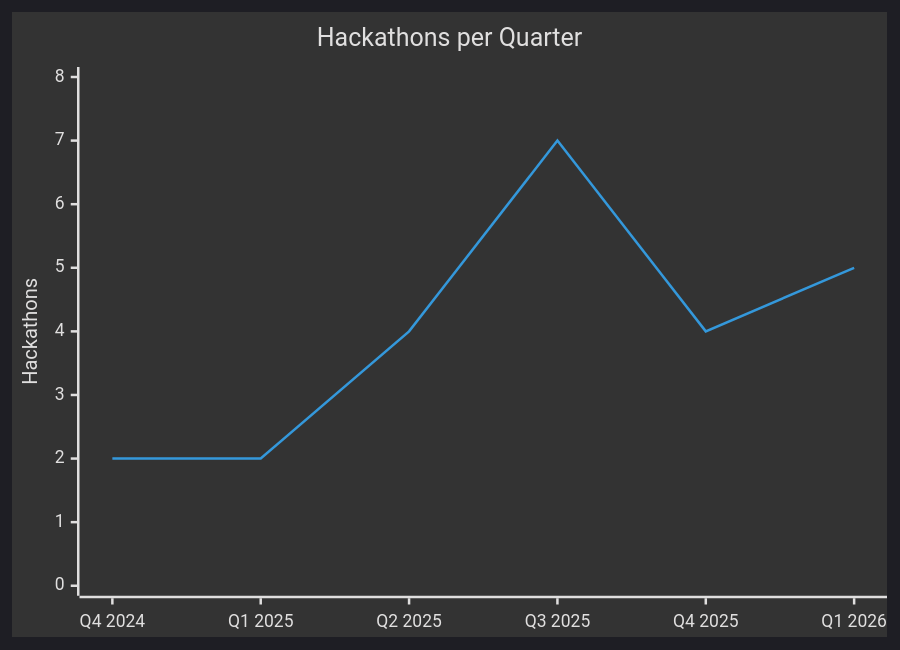
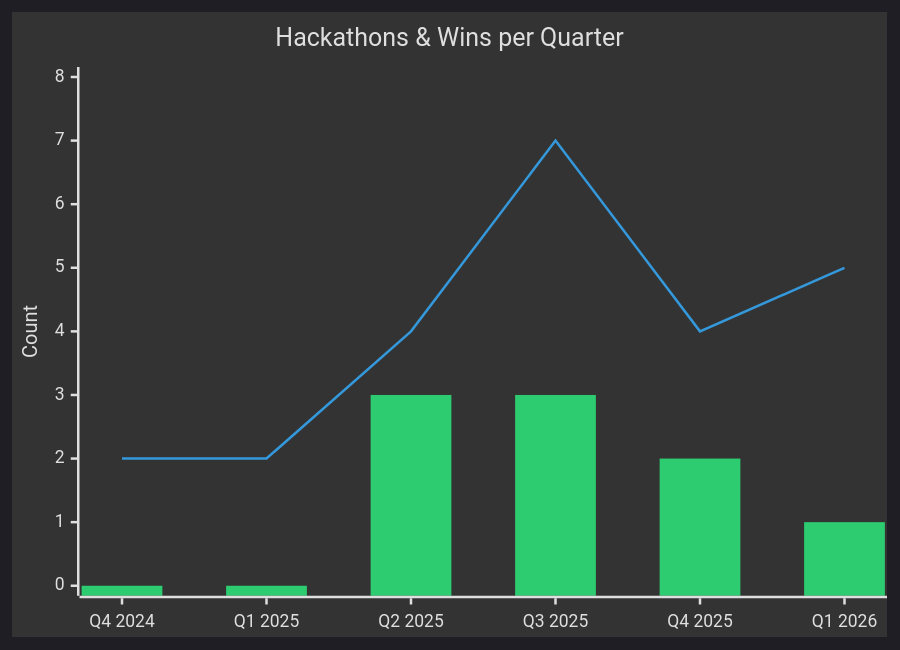
Before and after one commit to inin-zou/inin-zou: the second of 2 diagrams in README.md, drawn with Mermaid.

Commit message:
Add wins bar chart overlay to hackathons per quarter graph

````diff
--- a/README.md
+++ b/README.md
@@ -91,8 +91,9 @@
 ```mermaid
 %%{init: {'theme': 'dark', 'themeVariables': {'lineColor': '#58a6ff', 'primaryColor': '#1f6feb'}}}%%
 xychart-beta
-    title "Hackathons per Quarter"
+    title "Hackathons & Wins per Quarter"
     x-axis ["Q4 2024", "Q1 2025", "Q2 2025", "Q3 2025", "Q4 2025", "Q1 2026"]
-    y-axis "Hackathons" 0 --> 8
+    y-axis "Count" 0 --> 8
     line [2, 2, 4, 7, 4, 5]
+    bar [0, 0, 3, 3, 2, 1]
 ```
````
